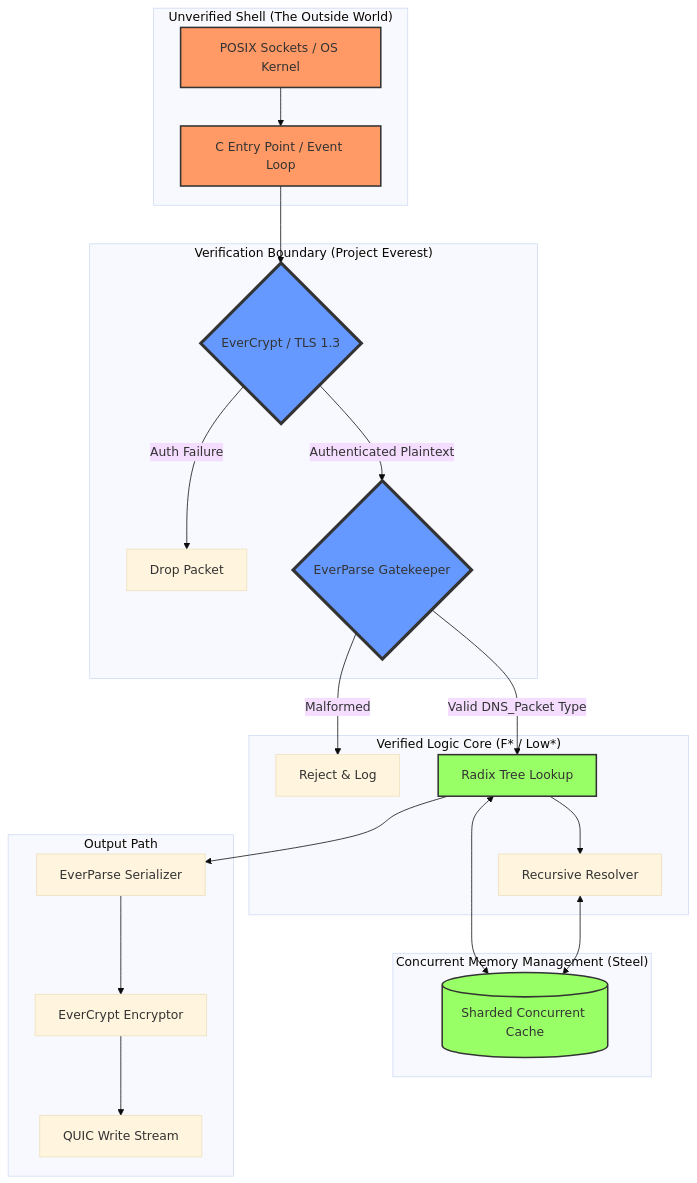
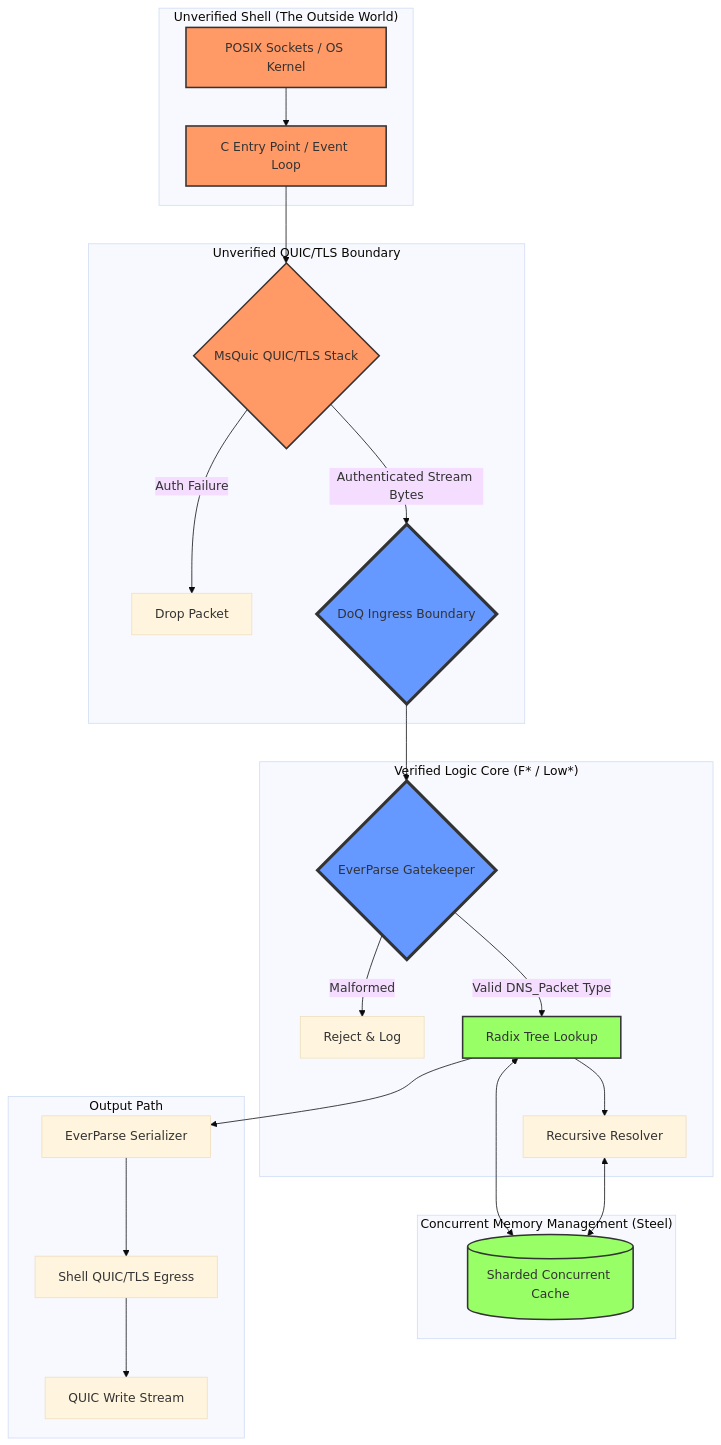
The diagram in docs/ARCHITECTURE.md (dawud/ism), drawn with Mermaid (base theme) before and after one commit. The commit also changed other lines of this file and 5 other files, not shown here.

First line of the commit message:
docs: choose msquic for quic tls shell

````diff
--- a/docs/ARCHITECTURE.md
+++ b/docs/ARCHITECTURE.md
@@ -9,36 +9,38 @@
 ```mermaid
 graph TD
     subgraph "Unverified Shell (The Outside World)"
         A[POSIX Sockets / OS Kernel] --> B[C Entry Point / Event Loop]
     end
 
-    subgraph "Verification Boundary (Project Everest)"
-        B --> C{EverCrypt / TLS 1.3}
+    subgraph "Unverified QUIC/TLS Boundary"
+        B --> C{MsQuic QUIC/TLS Stack}
         C -- Auth Failure --> D[Drop Packet]
-        C -- Authenticated Plaintext --> E{EverParse Gatekeeper}
+        C -- Authenticated Stream Bytes --> E{DoQ Ingress Boundary}
     end
 
     subgraph "Verified Logic Core (F* / Low*)"
-        E -- Malformed --> F[Reject & Log]
-        E -- Valid DNS_Packet Type --> G[Radix Tree Lookup]
+        E --> P{EverParse Gatekeeper}
+        P -- Malformed --> F[Reject & Log]
+        P -- Valid DNS_Packet Type --> G[Radix Tree Lookup]
         G --> H[Recursive Resolver]
     end
 
     subgraph "Concurrent Memory Management (Steel)"
         G <--> I[(Sharded Concurrent Cache)]
         H <--> I
     end
 
     subgraph "Output Path"
         G --> J[EverParse Serializer]
-        J --> K[EverCrypt Encryptor]
+        J --> K[Shell QUIC/TLS Egress]
         K --> L[QUIC Write Stream]
     end
 
     style A fill:#f96,stroke:#333,stroke-width:2px
     style B fill:#f96,stroke:#333,stroke-width:2px
-    style C fill:#69f,stroke:#333,stroke-width:4px
+    style C fill:#f96,stroke:#333,stroke-width:2px
     style E fill:#69f,stroke:#333,stroke-width:4px
+    style P fill:#69f,stroke:#333,stroke-width:4px
     style G fill:#9f6,stroke:#333,stroke-width:2px
     style I fill:#9f6,stroke:#333,stroke-width:2px
 ```
````
